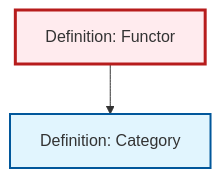
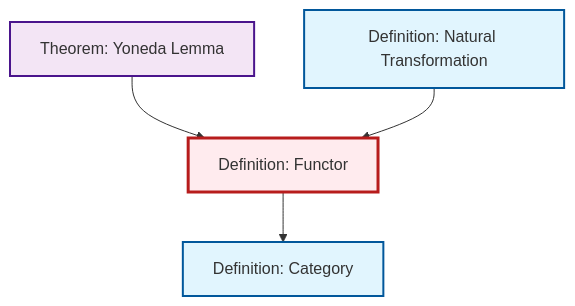
Before and after one commit to RK0429/ModernMath: the diagram in content/en/category-theory/def-functor.qmd, drawn with Mermaid. The commit also changed other lines of this file and 203 other files, not shown here.

````diff
--- a/content/en/category-theory/def-functor.qmd
+++ b/content/en/category-theory/def-functor.qmd
@@ -48,15 +48,17 @@
 ```{mermaid}
 %%| fig-cap: "Local dependency graph"
 graph TD
     classDef definition fill:#e1f5fe,stroke:#01579b,stroke-width:2px
     classDef theorem fill:#f3e5f5,stroke:#4a148c,stroke-width:2px
     classDef axiom fill:#fff3e0,stroke:#e65100,stroke-width:2px
     classDef example fill:#e8f5e9,stroke:#1b5e20,stroke-width:2px
     classDef current fill:#ffebee,stroke:#b71c1c,stroke-width:3px
+    def-category["Definition: Category"]:::definition
+    thm-yoneda["Theorem: Yoneda Lemma"]:::theorem
+    def-natural-transformation["Definition: Natural Transformation"]:::definition
     def-functor["Definition: Functor"]:::definition
-    def-category["Definition: Category"]:::definition
+    thm-yoneda --> def-functor
     def-functor --> def-category
+    def-natural-transformation --> def-functor
     class def-functor current
-
-    click def-category "def-category.html" "Go to Category definition"
 ```
````
